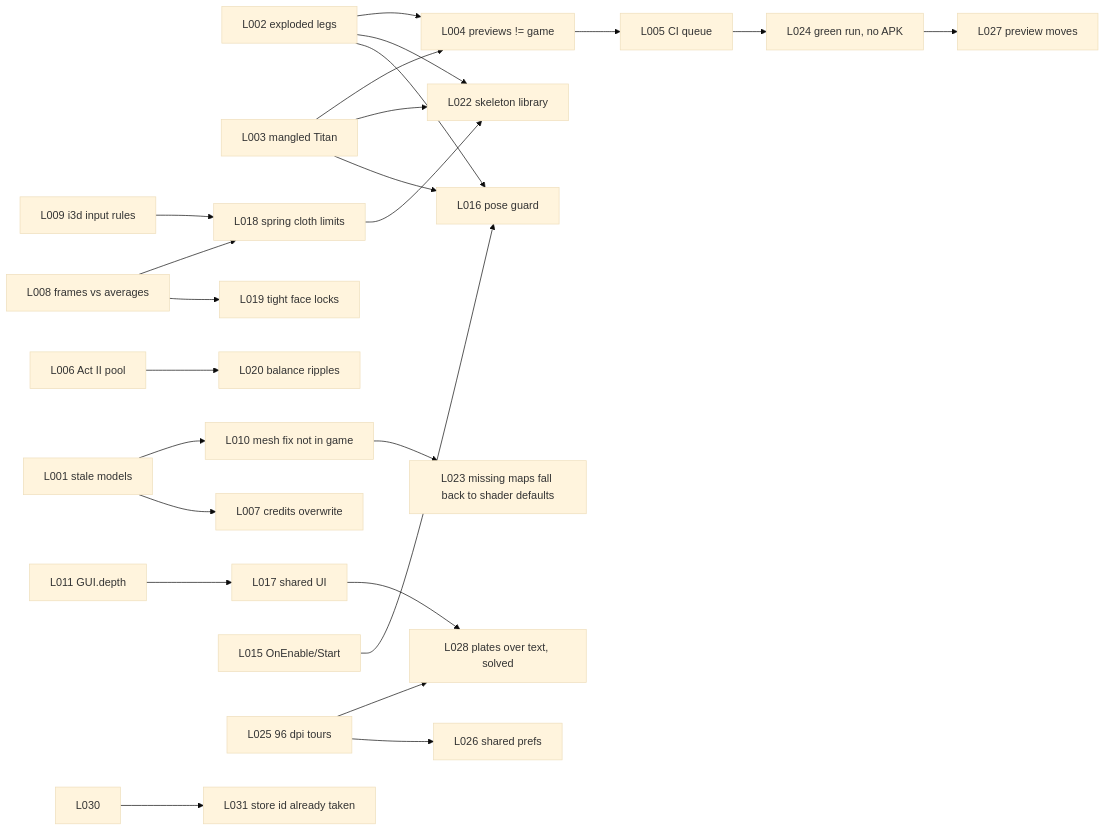
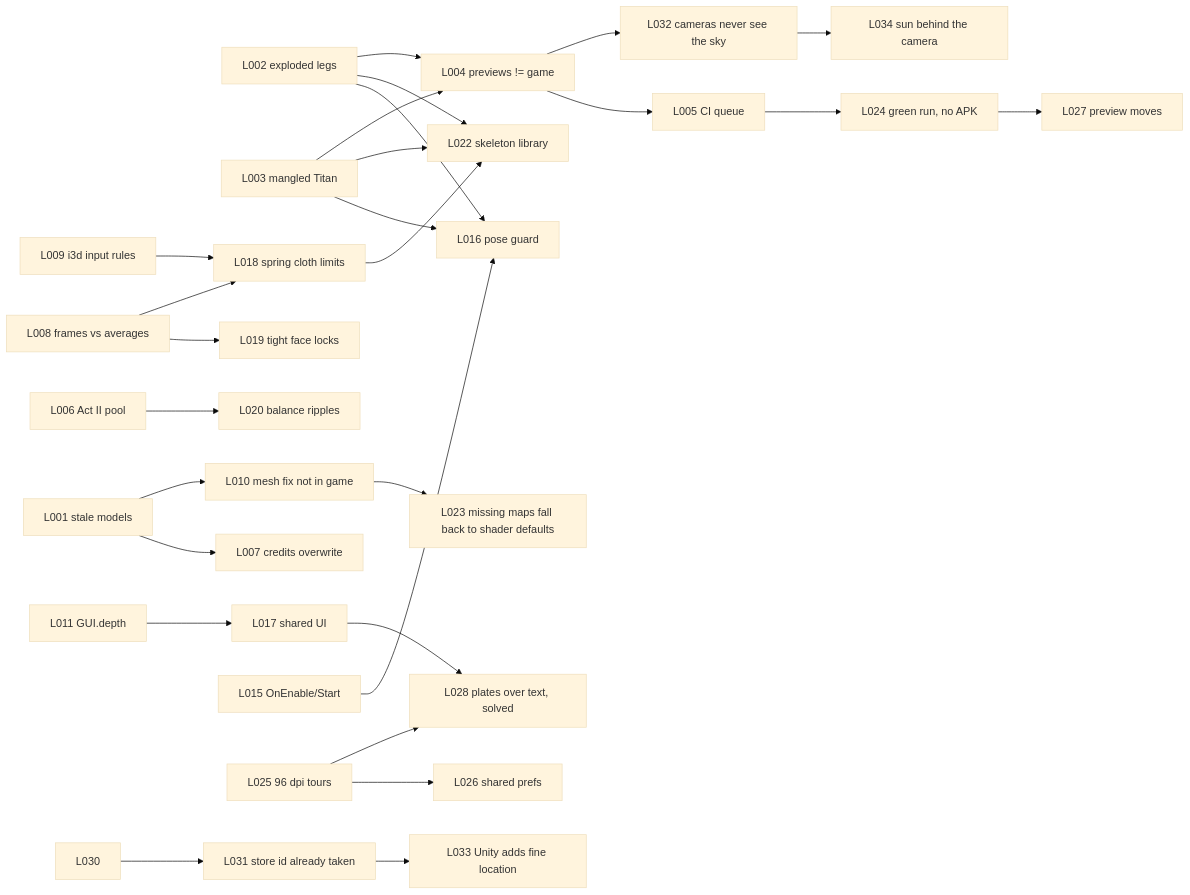
One commit to eqtitan/SigilBound changed the diagram in docs/sigilbound/brain/MAP.md. Above: the diagram before and after it, drawn with Mermaid (base theme). The commit also changed other lines of this file and 22 other files, not shown here.

````diff
--- a/docs/sigilbound/brain/MAP.md
+++ b/docs/sigilbound/brain/MAP.md
@@ -28,26 +29,29 @@
 ```mermaid
 graph LR
   L002[L002 exploded legs] --> L016[L016 pose guard]
   L003[L003 mangled Titan] --> L016
   L002 --> L022[L022 skeleton library]
   L003 --> L022
   L018[L018 spring cloth limits] --> L022
   L004[L004 previews != game] --> L005[L005 CI queue]
   L002 --> L004
   L003 --> L004
   L001[L001 stale models] --> L007[L007 credits overwrite]
   L001 --> L010[L010 mesh fix not in game]
   L010 --> L023[L023 missing maps fall back to shader defaults]
   L006[L006 Act II pool] --> L020[L020 balance ripples]
   L008[L008 frames vs averages] --> L019[L019 tight face locks]
   L008 --> L018
   L009[L009 i3d input rules] --> L018
   L011[L011 GUI.depth] --> L017[L017 shared UI]
   L015[L015 OnEnable/Start] --> L016
   L005 --> L024[L024 green run, no APK]
   L024 --> L027[L027 preview moves]
   L025[L025 96 dpi tours] --> L026[L026 shared prefs]
   L017 --> L028[L028 plates over text, solved]
   L025 --> L028
   L030 --> L031[L031 store id already taken]
+  L004 --> L032[L032 cameras never see the sky]
+  L032 --> L034[L034 sun behind the camera]
+  L031 --> L033[L033 Unity adds fine location]
 ```
````
